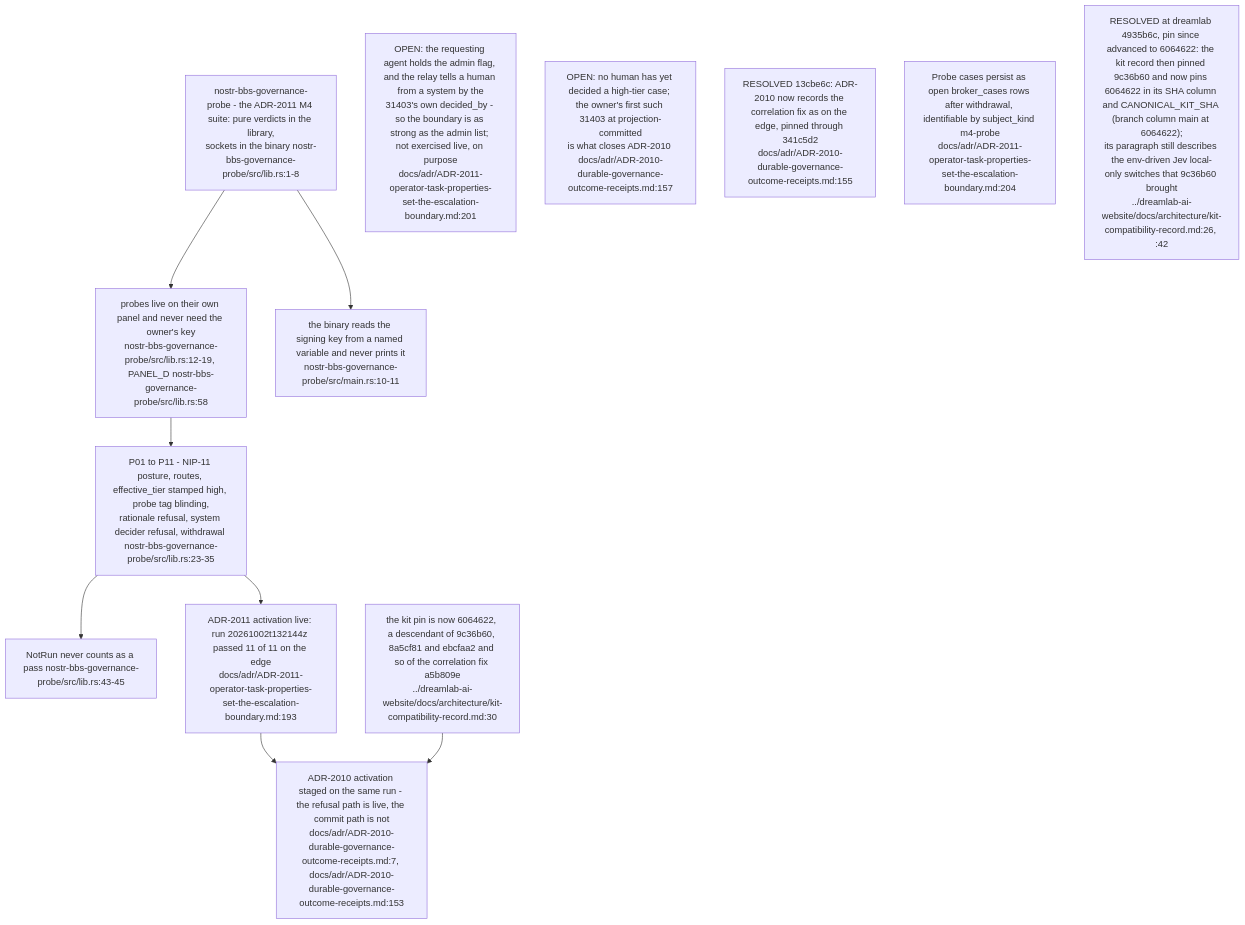
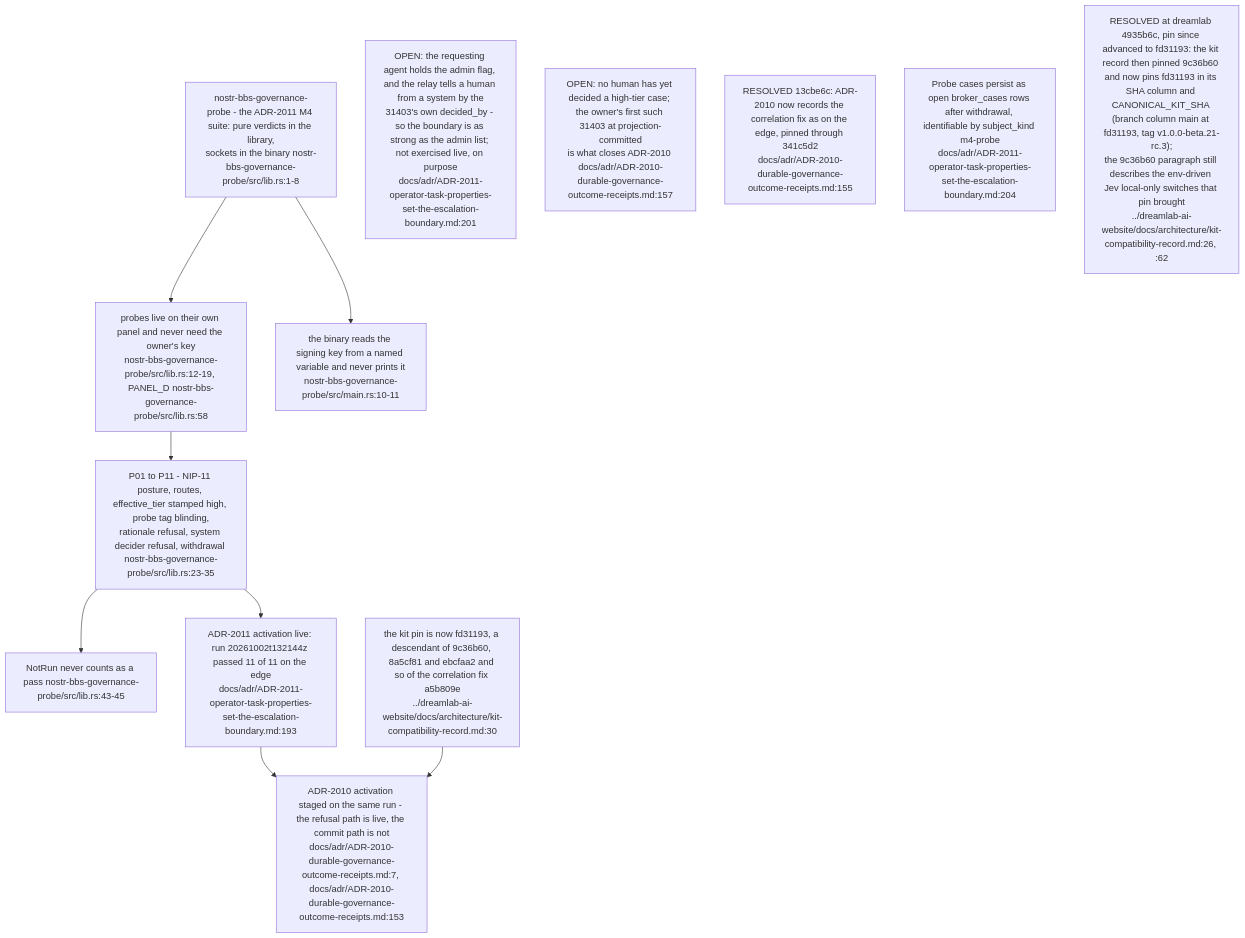
One commit to DreamLab-AI/VisionFlow changed diagram 16 of 18 in docs/diagrams/nostr-rust-forum/06-agent-control-surface-31400-31405.md. Above: the diagram before and after it, drawn with Mermaid. The commit also changed other lines of this file and 11 other files, not shown here.

````diff
--- a/docs/diagrams/nostr-rust-forum/06-agent-control-surface-31400-31405.md
+++ b/docs/diagrams/nostr-rust-forum/06-agent-control-surface-31400-31405.md
@@ -455,22 +455,22 @@
 ```mermaid
 flowchart TB
     SUITE["nostr-bbs-governance-probe - the ADR-2011 M4 suite: pure verdicts in the library,<br/>sockets in the binary nostr-bbs-governance-probe/src/lib.rs:1-8"]
     OWN["probes live on their own panel and never need the owner's key<br/>nostr-bbs-governance-probe/src/lib.rs:12-19, PANEL_D nostr-bbs-governance-probe/src/lib.rs:58"]
     TABLE["P01 to P11 - NIP-11 posture, routes, effective_tier stamped high, probe tag blinding,<br/>rationale refusal, system decider refusal, withdrawal nostr-bbs-governance-probe/src/lib.rs:23-35"]
     NOTRUN["NotRun never counts as a pass nostr-bbs-governance-probe/src/lib.rs:43-45"]
     BIN["the binary reads the signing key from a named variable and never prints it<br/>nostr-bbs-governance-probe/src/main.rs:10-11"]
     LIVE["ADR-2011 activation live: run 20261002t132144z passed 11 of 11 on the edge<br/>docs/adr/ADR-2011-operator-task-properties-set-the-escalation-boundary.md:193"]
     REC["ADR-2010 activation staged on the same run - the refusal path is live, the commit path is not<br/>docs/adr/ADR-2010-durable-governance-outcome-receipts.md:7, docs/adr/ADR-2010-durable-governance-outcome-receipts.md:153"]
-    PIN["the kit pin is now 6064622, a descendant of 9c36b60, 8a5cf81 and ebcfaa2 and so of the correlation fix a5b809e<br/>../dreamlab-ai-website/docs/architecture/kit-compatibility-record.md:30"]
+    PIN["the kit pin is now fd31193, a descendant of 9c36b60, 8a5cf81 and ebcfaa2 and so of the correlation fix a5b809e<br/>../dreamlab-ai-website/docs/architecture/kit-compatibility-record.md:30"]
 
     SUITE --> OWN --> TABLE --> NOTRUN
     SUITE --> BIN
     TABLE --> LIVE --> REC
     PIN --> REC
 
     N1["OPEN: the requesting agent holds the admin flag, and the relay tells a human from a system by the<br/>31403's own decided_by - so the boundary is as strong as the admin list; not exercised live, on purpose<br/>docs/adr/ADR-2011-operator-task-properties-set-the-escalation-boundary.md:201"]
     N2["OPEN: no human has yet decided a high-tier case; the owner's first such 31403 at projection-committed<br/>is what closes ADR-2010 docs/adr/ADR-2010-durable-governance-outcome-receipts.md:157"]
     N3["RESOLVED 13cbe6c: ADR-2010 now records the correlation fix as on the edge, pinned through 341c5d2<br/>docs/adr/ADR-2010-durable-governance-outcome-receipts.md:155"]
     N4["Probe cases persist as open broker_cases rows after withdrawal, identifiable by subject_kind m4-probe<br/>docs/adr/ADR-2011-operator-task-properties-set-the-escalation-boundary.md:204"]
-    N5["RESOLVED at dreamlab 4935b6c, pin since advanced to 6064622: the kit record then pinned 9c36b60 and now pins 6064622 in its SHA column and CANONICAL_KIT_SHA (branch column main at 6064622);<br/>its paragraph still describes the env-driven Jev local-only switches that 9c36b60 brought<br/>../dreamlab-ai-website/docs/architecture/kit-compatibility-record.md:26, :42"]
+    N5["RESOLVED at dreamlab 4935b6c, pin since advanced to fd31193: the kit record then pinned 9c36b60 and now pins fd31193 in its SHA column and CANONICAL_KIT_SHA (branch column main at fd31193, tag v1.0.0-beta.21-rc.3);<br/>the 9c36b60 paragraph still describes the env-driven Jev local-only switches that pin brought<br/>../dreamlab-ai-website/docs/architecture/kit-compatibility-record.md:26, :62"]
 ```
````
